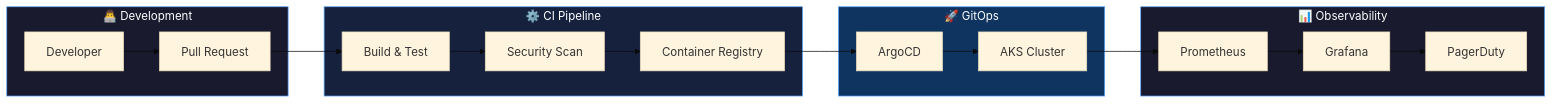
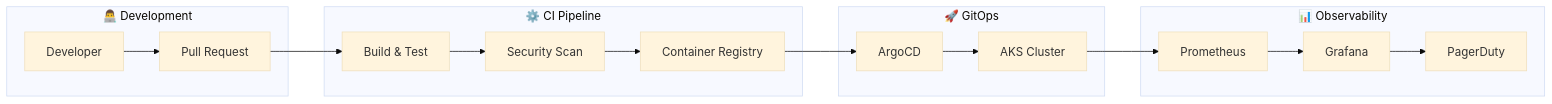
One commit to ClaudioBotelhOSB/ClaudioBotelhOSB changed the first of 2 diagrams in README_2026.md. Above: the diagram before and after it, drawn with Mermaid (base theme). The commit also changed other lines of this file, not shown here.

````diff
--- a/README_2026.md
+++ b/README_2026.md
@@ -148,28 +129,23 @@
 ```mermaid
 flowchart LR
     subgraph DEV["👨‍💻 Development"]
         A[Developer] --> B[Pull Request]
     end
 
     subgraph CI["⚙️ CI Pipeline"]
         B --> C[Build & Test]
         C --> D[Security Scan]
         D --> E[Container Registry]
     end
 
     subgraph CD["🚀 GitOps"]
         E --> F[ArgoCD]
         F --> G[AKS Cluster]
     end
 
     subgraph OBS["📊 Observability"]
         G --> H[Prometheus]
         H --> I[Grafana]
         I --> J[PagerDuty]
     end
-
-    style DEV fill:#1a1a2e,stroke:#58a6ff,color:#fff
-    style CI fill:#16213e,stroke:#58a6ff,color:#fff
-    style CD fill:#0f3460,stroke:#58a6ff,color:#fff
-    style OBS fill:#1a1a2e,stroke:#58a6ff,color:#fff
 ```
````
